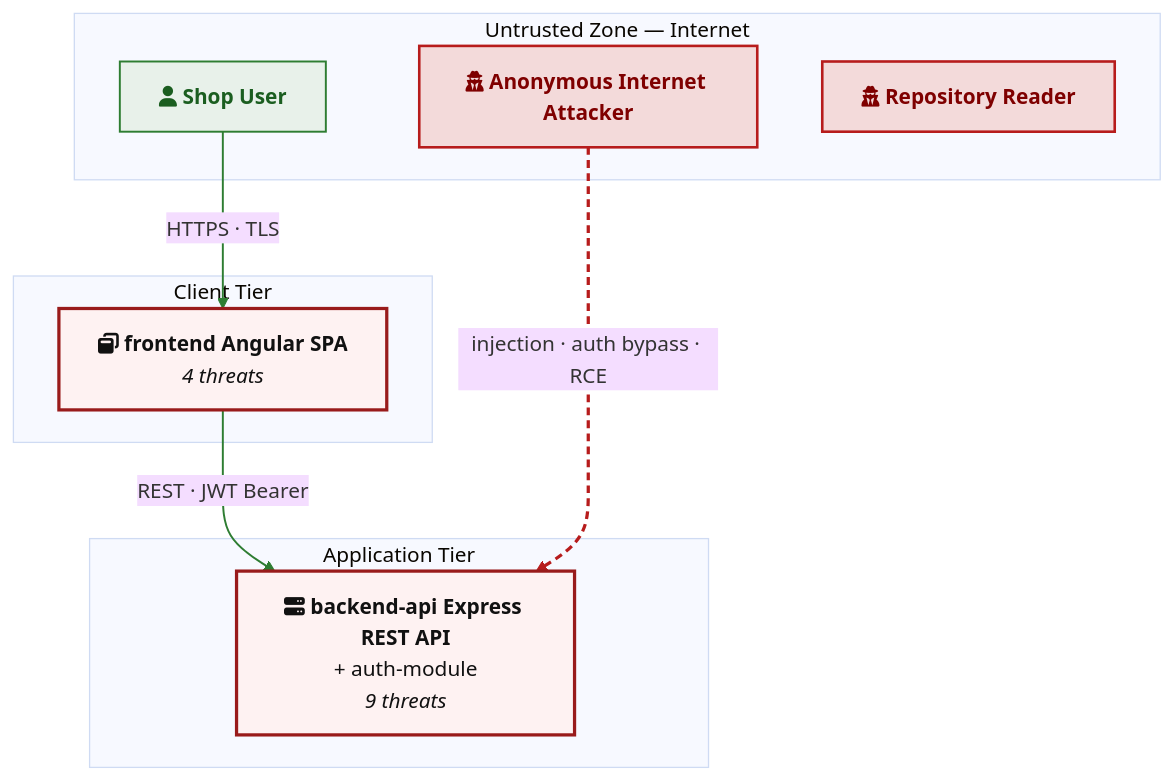
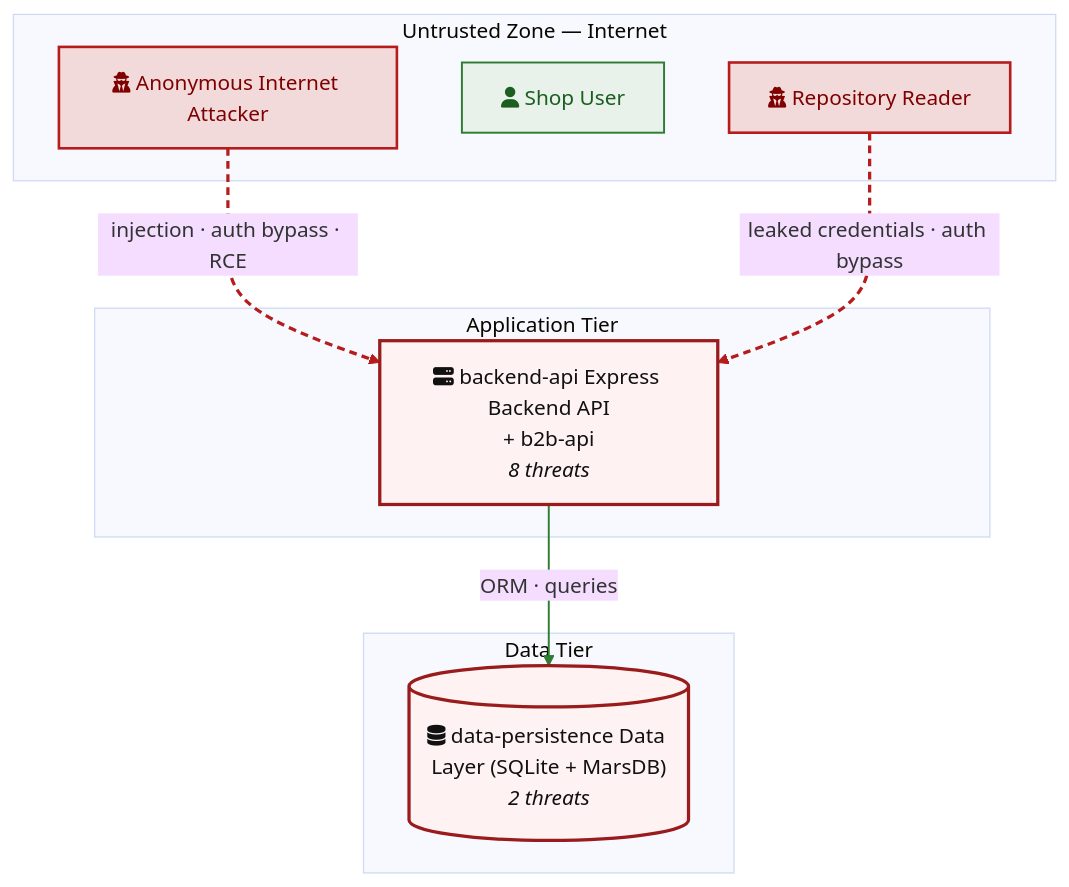
The fourth of 10 diagrams in examples/threat-modeler/threat-mode-juice-shop-quick.md (appsec-foundry/appsec-advisor), drawn with Mermaid (base theme) before and after one commit. The commit also changed other lines of this file and 10 other files, not shown here.

````diff
--- a/examples/threat-modeler/threat-mode-juice-shop-quick.md
+++ b/examples/threat-modeler/threat-mode-juice-shop-quick.md
@@ -344,24 +328,24 @@
 ```mermaid
 flowchart TD
     subgraph EXT["Untrusted Zone — Internet"]
-        INTERNET_ANON["fa:fa-user-secret <b>Anonymous Internet Attacker</b>"]:::threat
-        VICTIM_REQUIRED["fa:fa-user <b>Shop User</b>"]:::legit
-        REPO_READ["fa:fa-user-secret <b>Repository Reader</b>"]:::threat
-    end
-    subgraph CLIENT["Client Tier"]
-        frontend["fa:fa-window-restore <b>frontend Angular SPA</b><br/><i>4 threats</i>"]:::risk
+        INTERNET_ANON["fa:fa-user-secret Anonymous Internet Attacker"]:::threat
+        VICTIM_REQUIRED["fa:fa-user Shop User"]:::legit
+        REPO_READ["fa:fa-user-secret Repository Reader"]:::threat
     end
     subgraph APP["Application Tier"]
-        backend_api["fa:fa-server <b>backend-api Express REST API</b><br/>+ auth-module<br/><i>9 threats</i>"]:::risk
+        backend_api["fa:fa-server backend-api Express Backend API<br/>+ b2b-api<br/><i>8 threats</i>"]:::risk
     end
-    VICTIM_REQUIRED -->|"HTTPS · TLS"| frontend
-    frontend -->|"REST · JWT Bearer"| backend_api
+    subgraph DATA["Data Tier"]
+        data_persistence[("fa:fa-database data-persistence Data Layer (SQLite + MarsDB)<br/><i>2 threats</i>")]:::risk
+    end
+    backend_api -->|"ORM · queries"| data_persistence
     INTERNET_ANON -.->|"injection · auth bypass · RCE"| backend_api
+    REPO_READ -.->|"leaked credentials · auth bypass"| backend_api
 
     classDef legit fill:#e8f1ea,stroke:#2e7d32,color:#1b5e20,stroke-width:1.5px
     classDef threat fill:#f3dada,stroke:#b71c1c,color:#7f0000,stroke-width:2px
     classDef external fill:#f2f2f2,stroke:#424242,color:#212121,stroke-width:1.5px
     classDef risk fill:#fef2f2,stroke:#991b1b,color:#111,stroke-width:2.5px
-    linkStyle 0,1 stroke:#2e7d32,stroke-width:1.5px
-    linkStyle 2 stroke:#b71c1c,stroke-width:2.5px,stroke-dasharray:6 4
+    linkStyle 0 stroke:#2e7d32,stroke-width:1.5px
+    linkStyle 1,2 stroke:#b71c1c,stroke-width:2.5px,stroke-dasharray:6 4
 ```
````
